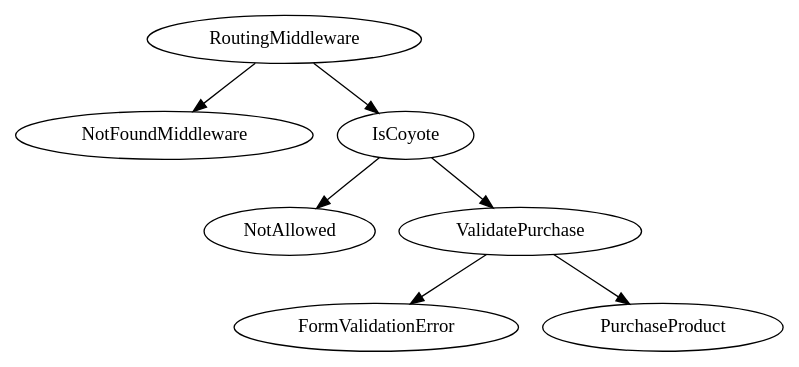
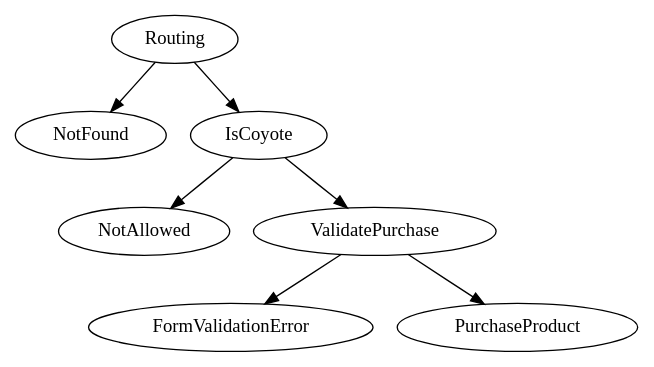
One commit to Ocramius/from-helpers-to-middleware changed the diagram in examples/middleware/purchase-pipeline.dot. Above: the diagram before and after it, drawn with Graphviz. The commit also changed 1 other file, not shown here.

Commit message:
Removing `Middleware` suffix from naming

```diff
--- a/examples/middleware/purchase-pipeline.dot
+++ b/examples/middleware/purchase-pipeline.dot
@@ -1,8 +1,8 @@
 digraph App {
-    RoutingMiddleware -> NotFoundMiddleware
-    RoutingMiddleware -> IsCoyote
+    Routing -> NotFound
+    Routing -> IsCoyote
     IsCoyote -> NotAllowed
     IsCoyote -> ValidatePurchase
     ValidatePurchase -> FormValidationError
     ValidatePurchase -> PurchaseProduct
 }
```
